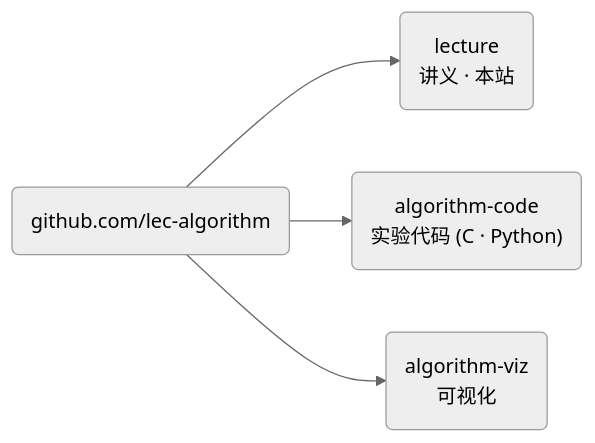
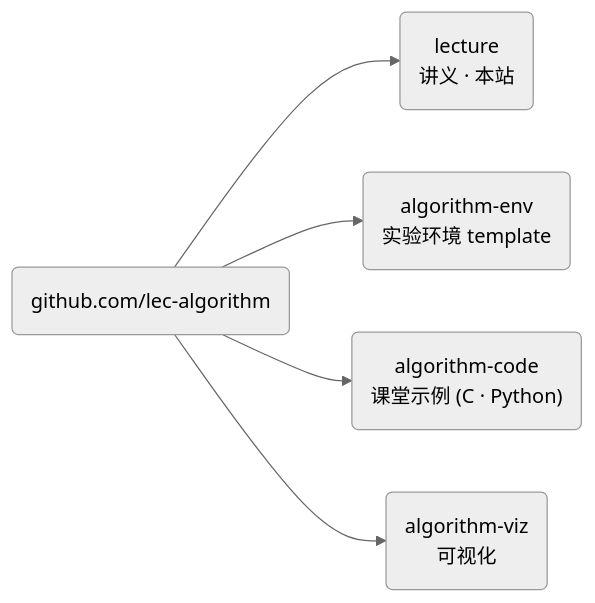
The diagram in site/src/content/pages/zh/about.mdx (lec-algorithm/lecture), drawn with Mermaid (neutral theme) before and after one commit. The commit also changed other lines of this file and 23 other files, not shown here.

````diff
--- a/site/src/content/pages/zh/about.mdx
+++ b/site/src/content/pages/zh/about.mdx
@@ -65,6 +65,7 @@
 ```mermaid
 flowchart LR
     ORG("github.com/lec-algorithm") --> L("lecture<br/>讲义 · 本站")
-    ORG --> C("algorithm-code<br/>实验代码 (C · Python)")
+    ORG --> E("algorithm-env<br/>实验环境 template")
+    ORG --> C("algorithm-code<br/>课堂示例 (C · Python)")
     ORG --> V("algorithm-viz<br/>可视化")
 ```
````
